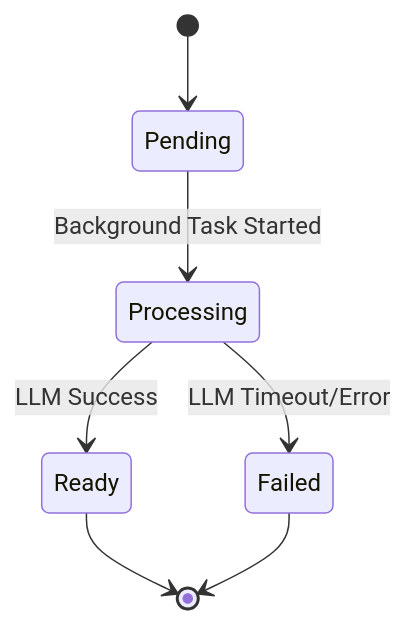
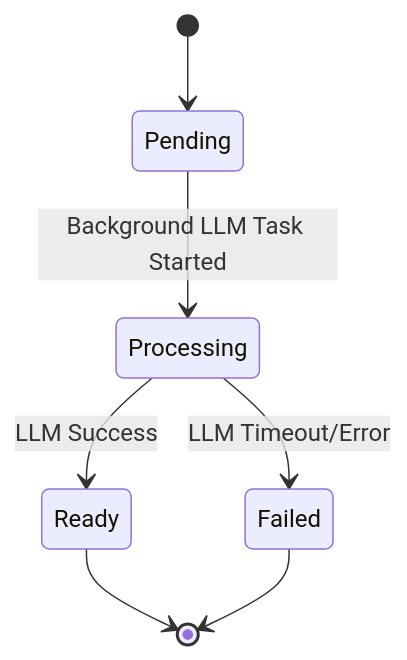
Diagram 11 of 11 in .qoder/repowiki/en/content/Hybrid Pipeline.md (Revanththetalogics/aireume), drawn with Mermaid before and after one commit. The commit also changed other lines of this file and 41 other files, not shown here.

````diff
--- a/.qoder/repowiki/en/content/Hybrid Pipeline.md
+++ b/.qoder/repowiki/en/content/Hybrid Pipeline.md
@@ -663,9 +704,9 @@
 ```mermaid
 stateDiagram-v2
 [*] --> Pending
-Pending --> Processing : Background Task Started
+Pending --> Processing : Background LLM Task Started
 Processing --> Ready : LLM Success
 Processing --> Failed : LLM Timeout/Error
 Ready --> [*]
 Failed --> [*]
 ```
````
